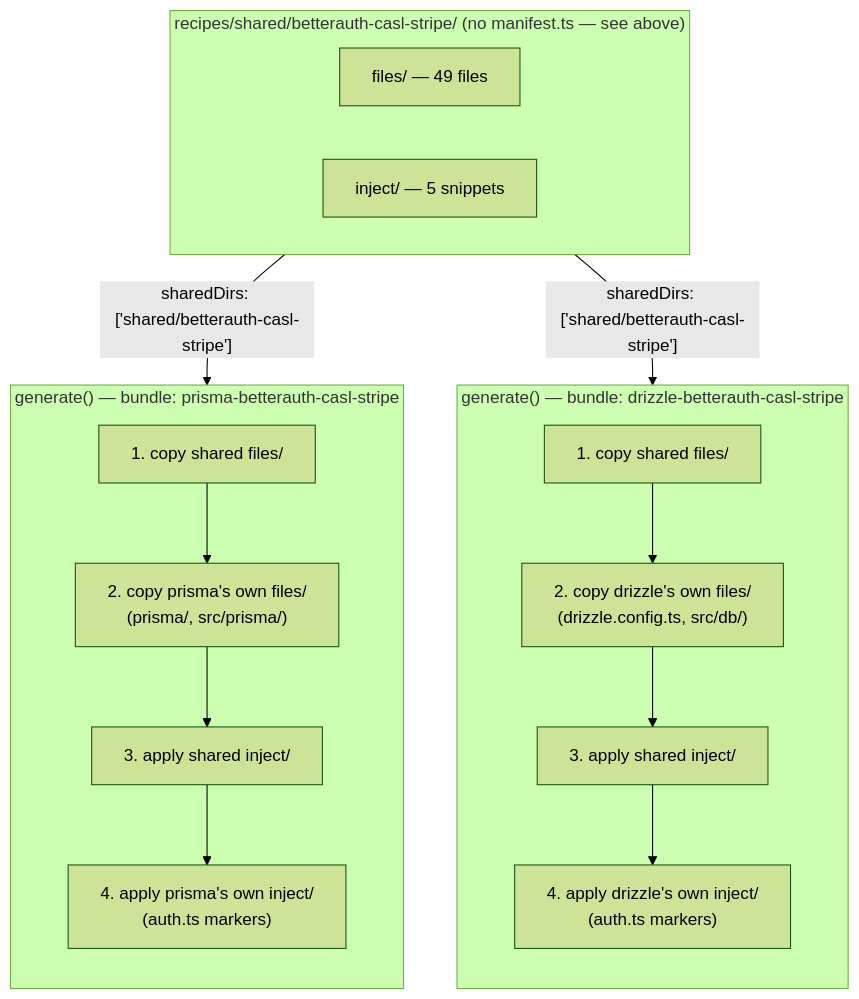
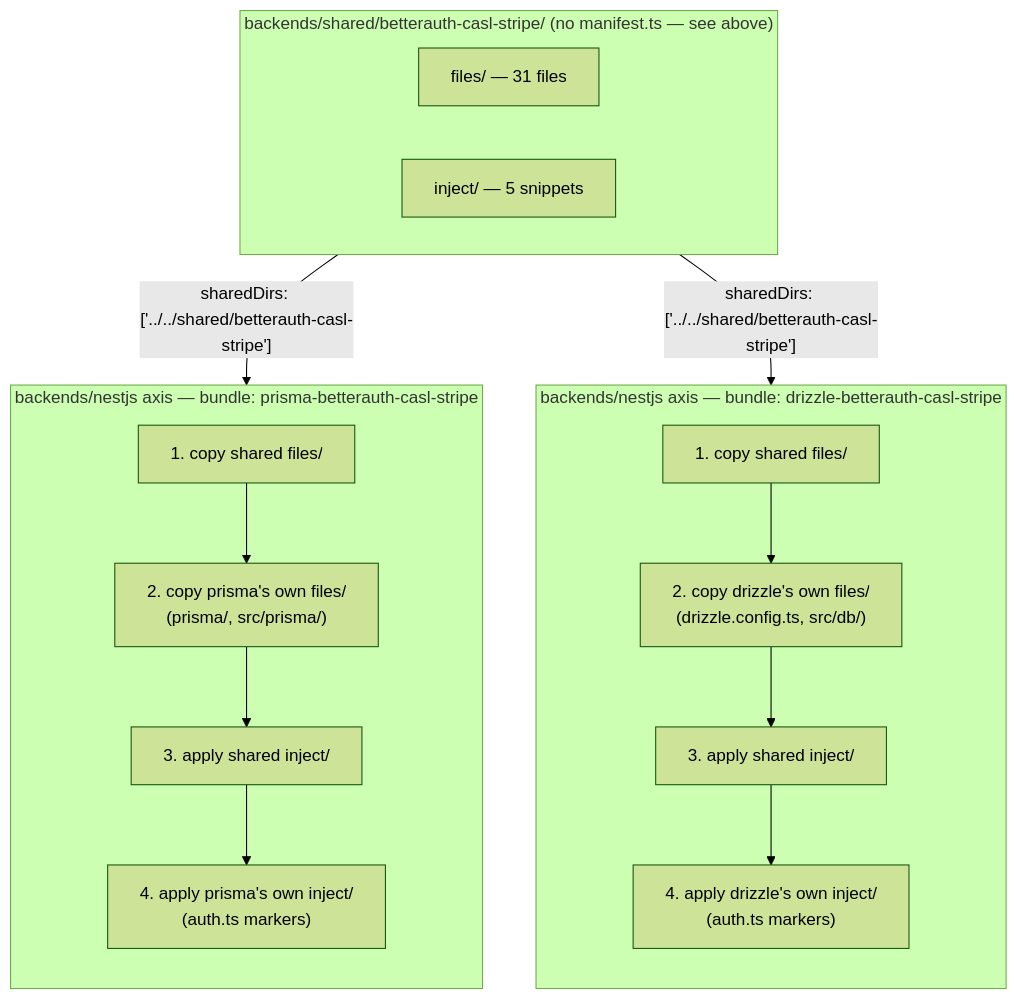
One commit to roshanind/inikitty changed the third of 3 diagrams in docs-site/authoring-a-recipe.md. Above: the diagram before and after it, drawn with Mermaid (forest theme). The commit also changed other lines of this file and 2 other files, not shown here.

First line of the commit message:
Update docs for the backend/frontend axis split

````diff
--- a/docs-site/authoring-a-recipe.md
+++ b/docs-site/authoring-a-recipe.md
@@ -157,22 +180,22 @@
 ```mermaid
 flowchart TD
-  subgraph SRC["recipes/shared/betterauth-casl-stripe/ (no manifest.ts — see above)"]
-    SF["files/ — 49 files"]
+  subgraph SRC["backends/shared/betterauth-casl-stripe/ (no manifest.ts — see above)"]
+    SF["files/ — 31 files"]
     SI["inject/ — 5 snippets"]
   end
 
-  SRC -->|"sharedDirs: ['shared/betterauth-casl-stripe']"| PB
-  SRC -->|"sharedDirs: ['shared/betterauth-casl-stripe']"| DB
+  SRC -->|"sharedDirs: ['../../shared/betterauth-casl-stripe']"| PB
+  SRC -->|"sharedDirs: ['../../shared/betterauth-casl-stripe']"| DB
 
-  subgraph PB["generate() — bundle: prisma-betterauth-casl-stripe"]
+  subgraph PB["backends/nestjs axis — bundle: prisma-betterauth-casl-stripe"]
     direction TB
     P1["1. copy shared files/"] --> P2["2. copy prisma's own files/<br/>(prisma/, src/prisma/)"]
     P2 --> P3["3. apply shared inject/"] --> P4["4. apply prisma's own inject/<br/>(auth.ts markers)"]
   end
 
-  subgraph DB["generate() — bundle: drizzle-betterauth-casl-stripe"]
+  subgraph DB["backends/nestjs axis — bundle: drizzle-betterauth-casl-stripe"]
     direction TB
     D1["1. copy shared files/"] --> D2["2. copy drizzle's own files/<br/>(drizzle.config.ts, src/db/)"]
     D2 --> D3["3. apply shared inject/"] --> D4["4. apply drizzle's own inject/<br/>(auth.ts markers)"]
   end
 ```
````
